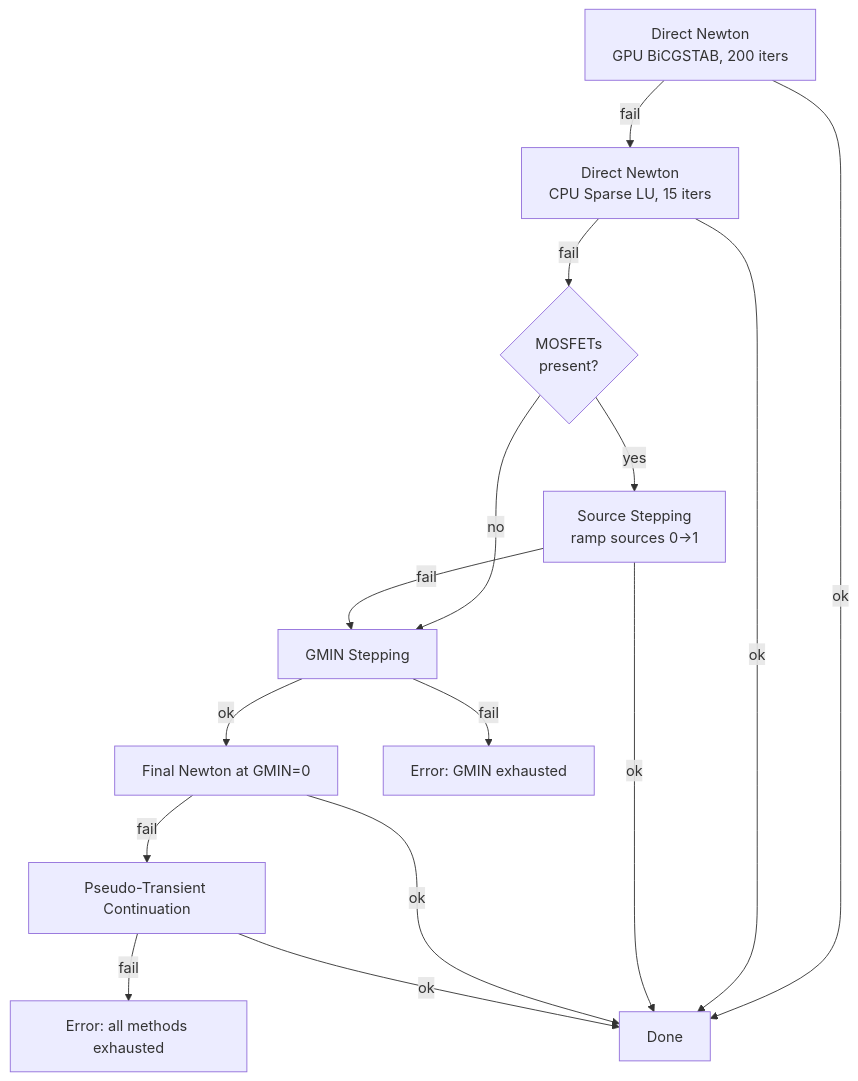
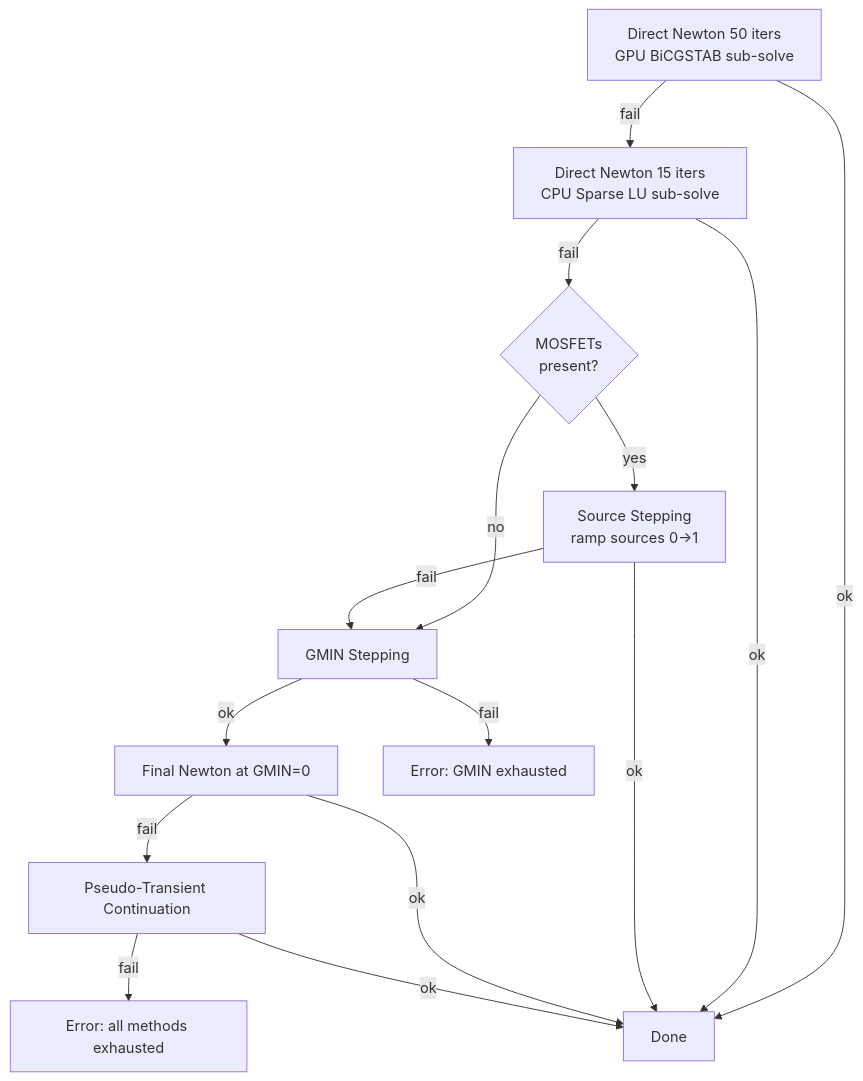
One commit to winstanley-industries/ohmnivore changed the third of 6 diagrams in docs/solver-reference.md. Above: the diagram before and after it, drawn with Mermaid. The commit also changed other lines of this file, not shown here.

Commit message:
docs: fix Newton iteration count and add transient files to solver reference
The convergence cascade flowchart incorrectly labeled 200 as the Newton
iteration count (that's the BiCGSTAB sub-solve limit). The actual Newton
limits are 50 (GPU) and 15 (CPU fallback). Also adds the two transient
analysis files that were missing from the appendix file map.

````diff
--- a/docs/solver-reference.md
+++ b/docs/solver-reference.md
@@ -174,17 +174,17 @@
 ```mermaid
 flowchart TD
-    A[Direct Newton<br/>GPU BiCGSTAB, 200 iters] -->|fail| B[Direct Newton<br/>CPU Sparse LU, 15 iters]
+    A[Direct Newton 50 iters<br/>GPU BiCGSTAB sub-solve] -->|fail| B[Direct Newton 15 iters<br/>CPU Sparse LU sub-solve]
     B -->|fail| C{MOSFETs<br/>present?}
     C -->|yes| D[Source Stepping<br/>ramp sources 0→1]
     C -->|no| E[GMIN Stepping]
     D -->|fail| E
     A -->|ok| Z[Done]
     B -->|ok| Z
     D -->|ok| Z
     E -->|ok| F[Final Newton at GMIN=0]
     E -->|fail| ERR1[Error: GMIN exhausted]
     F -->|ok| Z
     F -->|fail| G[Pseudo-Transient Continuation]
     G -->|ok| Z
     G -->|fail| ERR2[Error: all methods exhausted]
 ```
````
